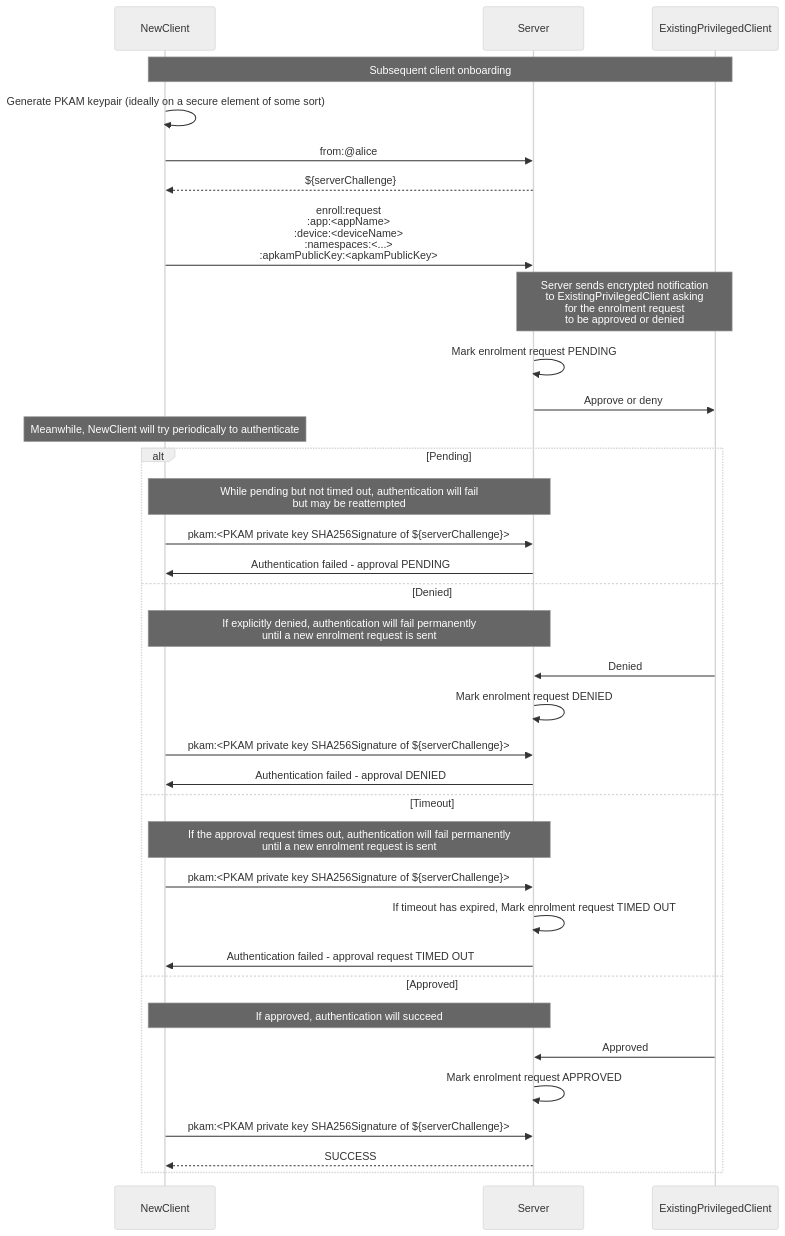
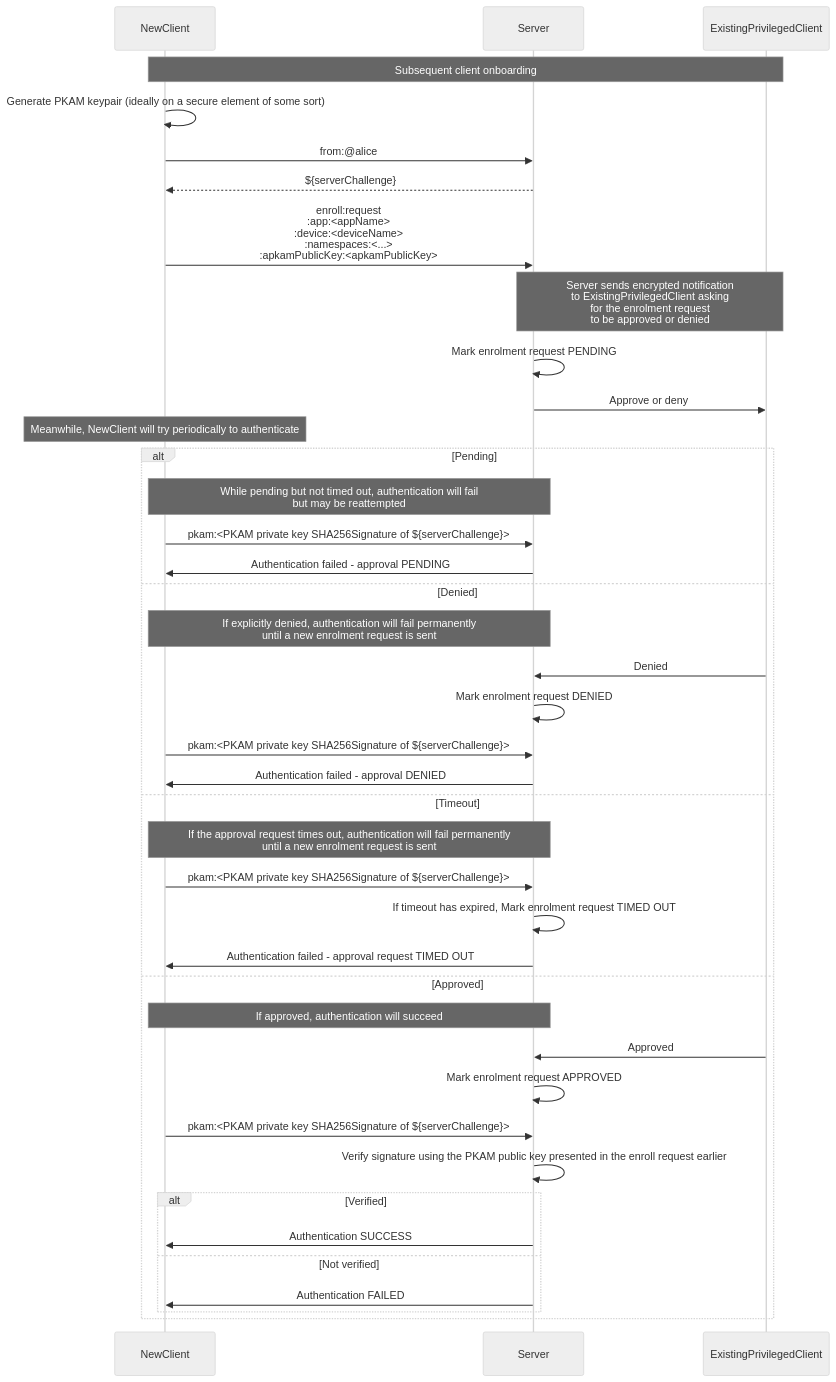
The third of 3 diagrams in decisions/2023-01-pkam-per-app-and-device.md (atsign-foundation/at_protocol), drawn with Mermaid (neutral theme) before and after one commit. The commit also changed other lines of this file, not shown here.

Commit message:
docs: Added missing second auth diagram (PKAM auth, current flow). There are now four diagrams docs: Corrected fourth auth diagram (enrolment and PKAM auth, new flow)

````diff
--- a/decisions/2023-01-pkam-per-app-and-device.md
+++ b/decisions/2023-01-pkam-per-app-and-device.md
@@ -350,38 +367,43 @@
 ```mermaid
 sequenceDiagram
     participant NewClient
     participant Server
     participant ExistingPrivilegedClient
 
     note over NewClient,ExistingPrivilegedClient: Subsequent client onboarding
     NewClient->>NewClient: Generate PKAM keypair (ideally on a secure element of some sort)
     NewClient->>Server: from:@alice
     Server-->>NewClient: ${serverChallenge}
     NewClient->>Server: enroll:request<br/>:app:<appName><br/>:device:<deviceName><br/>:namespaces:<...><br/>:apkamPublicKey:<apkamPublicKey>
     note over Server,ExistingPrivilegedClient: Server sends encrypted notification <br/>to ExistingPrivilegedClient asking <br/>for the enrolment request <br/>to be approved or denied
     Server->>Server: Mark enrolment request PENDING
     Server->>ExistingPrivilegedClient: Approve or deny
     note over NewClient: Meanwhile, NewClient will try periodically to authenticate
     alt Pending
         note over NewClient,Server: While pending but not timed out, authentication will fail <br/>but may be reattempted
         NewClient->>Server: pkam:<PKAM private key SHA256Signature of ${serverChallenge}>
         Server->>NewClient: Authentication failed - approval PENDING
     else Denied
         note over NewClient,Server: If explicitly denied, authentication will fail permanently <br/>until a new enrolment request is sent
         ExistingPrivilegedClient->>Server: Denied
         Server->>Server: Mark enrolment request DENIED
         NewClient->>Server: pkam:<PKAM private key SHA256Signature of ${serverChallenge}>
         Server->>NewClient: Authentication failed - approval DENIED
     else Timeout
         note over NewClient,Server: If the approval request times out, authentication will fail permanently <br/>until a new enrolment request is sent
         NewClient->>Server: pkam:<PKAM private key SHA256Signature of ${serverChallenge}>
         Server->>Server: If timeout has expired, Mark enrolment request TIMED OUT
         Server->>NewClient: Authentication failed - approval request TIMED OUT
     else Approved
         note over NewClient,Server: If approved, authentication will succeed
         ExistingPrivilegedClient->>Server: Approved
         Server->>Server: Mark enrolment request APPROVED
         NewClient->>Server: pkam:<PKAM private key SHA256Signature of ${serverChallenge}>
-        Server-->>NewClient: SUCCESS
+        Server->>Server: Verify signature using the PKAM public key presented in the enroll request earlier
+        alt Verified
+            Server->>NewClient: Authentication SUCCESS
+        else Not verified
+            Server->>NewClient: Authentication FAILED
+        end
     end
 ```
````
